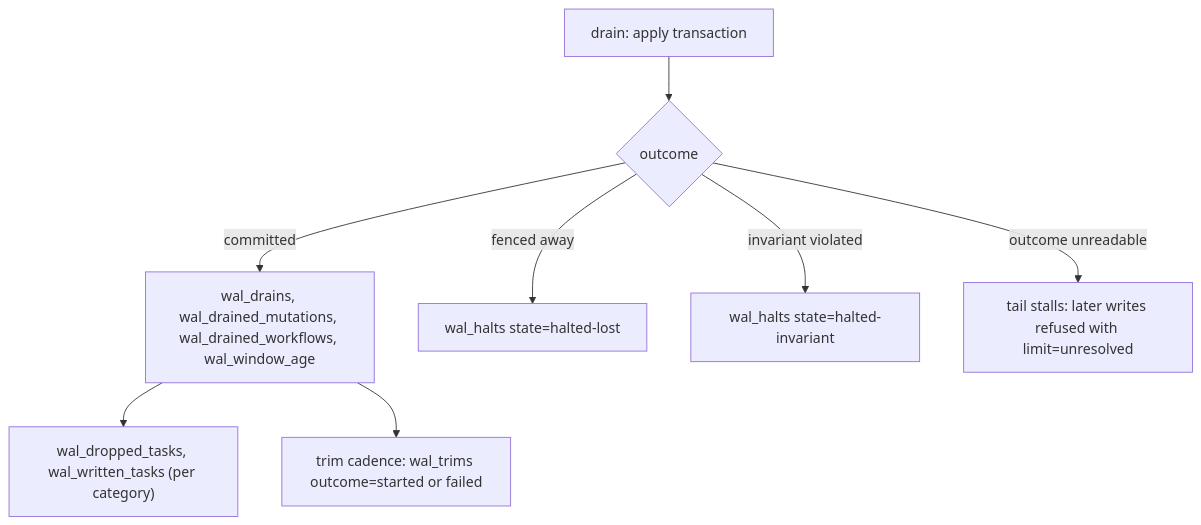
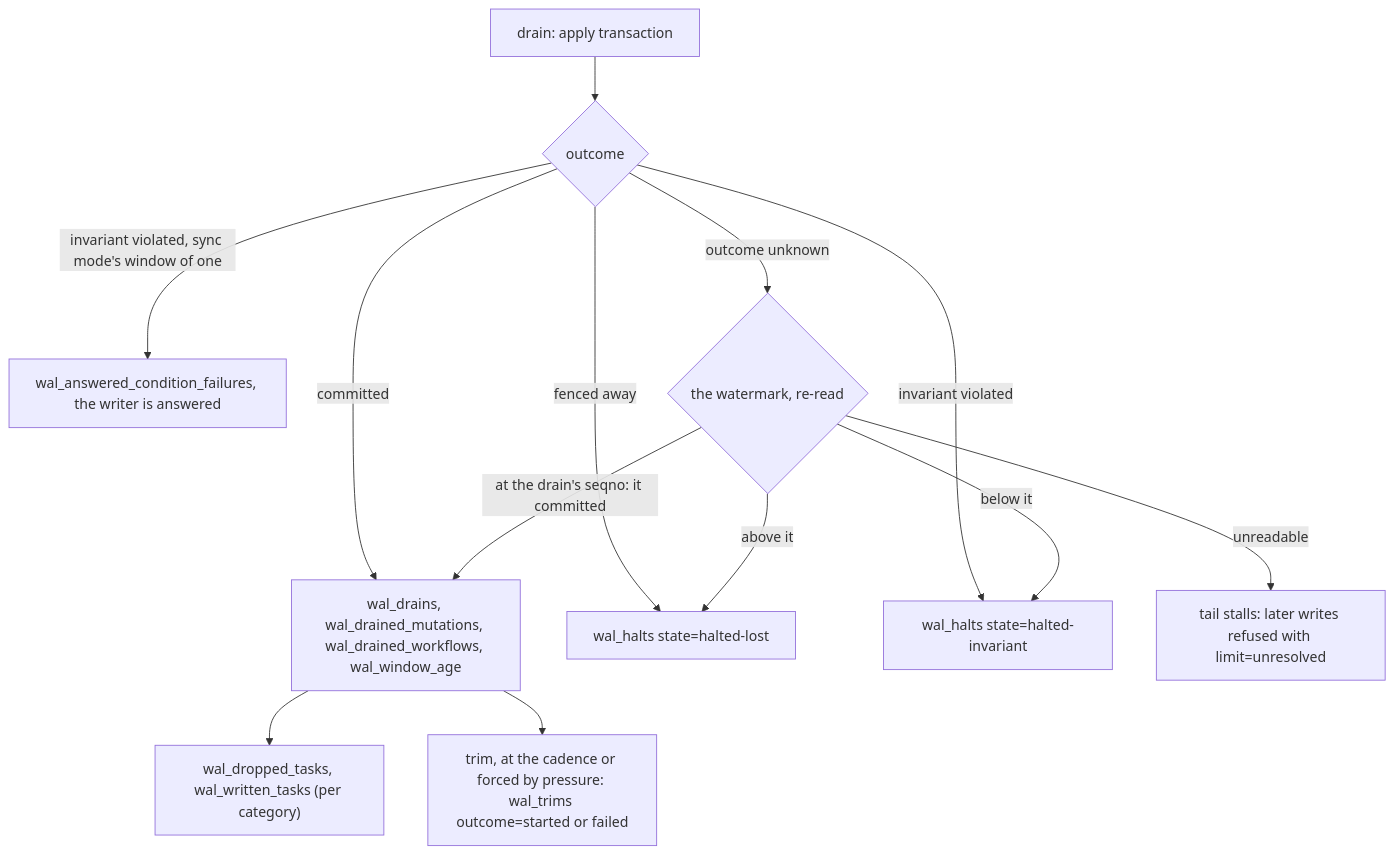
The third of 3 diagrams in docs/handbook/10-metrics.md (aromanovich/waltz), drawn with Mermaid before and after one commit. The commit also changed other lines of this file and 187 other files, not shown here.

````diff
--- a/docs/handbook/10-metrics.md
+++ b/docs/handbook/10-metrics.md
@@ -224,10 +160,15 @@
 ```mermaid
 flowchart TD
     J["drain: apply transaction"] --> K{"outcome"}
     K -->|"committed"| L["wal_drains, wal_drained_mutations, wal_drained_workflows, wal_window_age"]
     L --> M["wal_dropped_tasks, wal_written_tasks (per category)"]
-    L --> N["trim cadence: wal_trims outcome=started or failed"]
+    L --> N["trim, at the cadence or forced by pressure: wal_trims outcome=started or failed"]
     K -->|"fenced away"| P["wal_halts state=halted-lost"]
     K -->|"invariant violated"| Q["wal_halts state=halted-invariant"]
-    K -->|"outcome unreadable"| R["tail stalls: later writes refused with limit=unresolved"]
+    K -->|"invariant violated, sync mode's window of one"| S["wal_answered_condition_failures, the writer is answered"]
+    K -->|"outcome unknown"| W{"the watermark, re-read"}
+    W -->|"at the drain's seqno: it committed"| L
+    W -->|"below it"| Q
+    W -->|"above it"| P
+    W -->|"unreadable"| R["tail stalls: later writes refused with limit=unresolved"]
 ```
````
